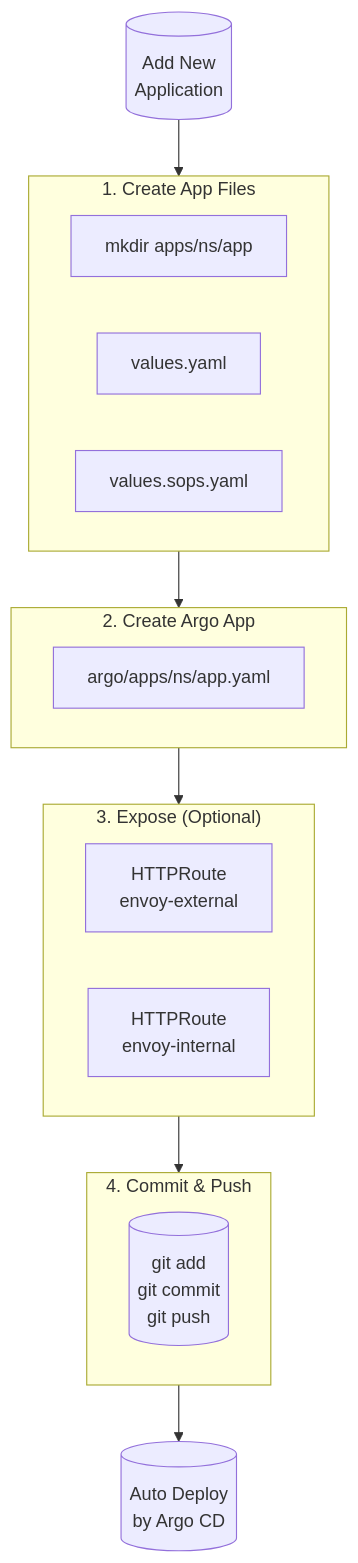
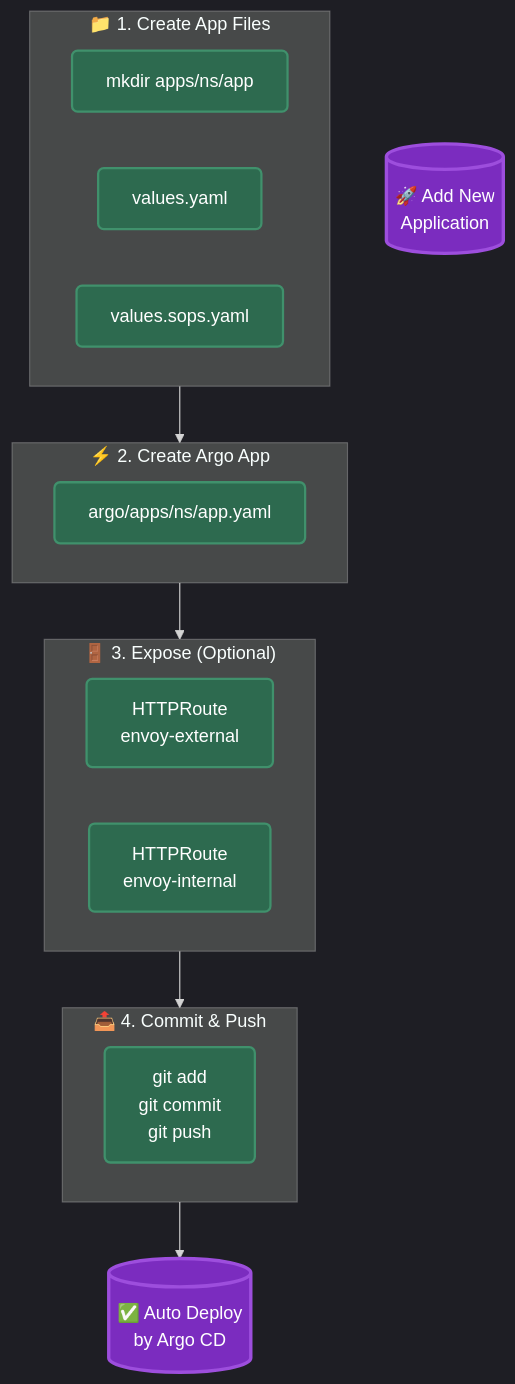
Before and after one commit to fabricesemti80/home-argo-cluster-2025: diagram 12 of 13 in docs/architecture.md, drawn with Mermaid. The commit also changed other lines of this file, not shown here.

First line of the commit message:
docs(architecture): add dark theme styling to Mermaid diagrams

````diff
--- a/docs/architecture.md
+++ b/docs/architecture.md
@@ -368,31 +459,37 @@
 ```mermaid
+%%{init: {'theme': 'dark'}}%%
 flowchart TB
-    Start[("Add New<br/>Application")] --> Step1
+    %% Styles
+    classDef startend fill:#7b2cbf,stroke:#9d4edd,stroke-width:3px,color:#fff,rx:10
+    classDef step fill:#023e8a,stroke:#0077b6,stroke-width:2px,color:#fff,rx:10
+    classDef action fill:#2d6a4f,stroke:#40916c,stroke-width:2px,color:#fff,rx:5
     
-    subgraph Step1["1. Create App Files"]
-        D1[mkdir apps/ns/app]
-        V1[values.yaml]
-        S1[values.sops.yaml]
+    Start[("🚀 Add New<br/>Application")]:::startend
+    
+    subgraph Step1["📁 1. Create App Files"]
+        D1["mkdir apps/ns/app"]:::action
+        V1["values.yaml"]:::action
+        S1["values.sops.yaml"]:::action
     end
     
     Step1 --> Step2
     
-    subgraph Step2["2. Create Argo App"]
-        A1[argo/apps/ns/app.yaml]
+    subgraph Step2["⚡ 2. Create Argo App"]
+        A1["argo/apps/ns/app.yaml"]:::action
     end
     
     Step2 --> Step3
     
-    subgraph Step3["3. Expose (Optional)"]
-        R1[HTTPRoute<br/>envoy-external]
-        R2[HTTPRoute<br/>envoy-internal]
+    subgraph Step3["🚪 3. Expose (Optional)"]
+        R1["HTTPRoute<br/>envoy-external"]:::action
+        R2["HTTPRoute<br/>envoy-internal"]:::action
     end
     
     Step3 --> Step4
     
-    subgraph Step4["4. Commit & Push"]
-        Git[("git add<br/>git commit<br/>git push")]
+    subgraph Step4["📤 4. Commit & Push"]
+        Git["git add<br/>git commit<br/>git push"]:::action
     end
     
-    Step4 --> End[("Auto Deploy<br/>by Argo CD")]
+    Step4 --> End[("✅ Auto Deploy<br/>by Argo CD")]:::startend
 ```
````
